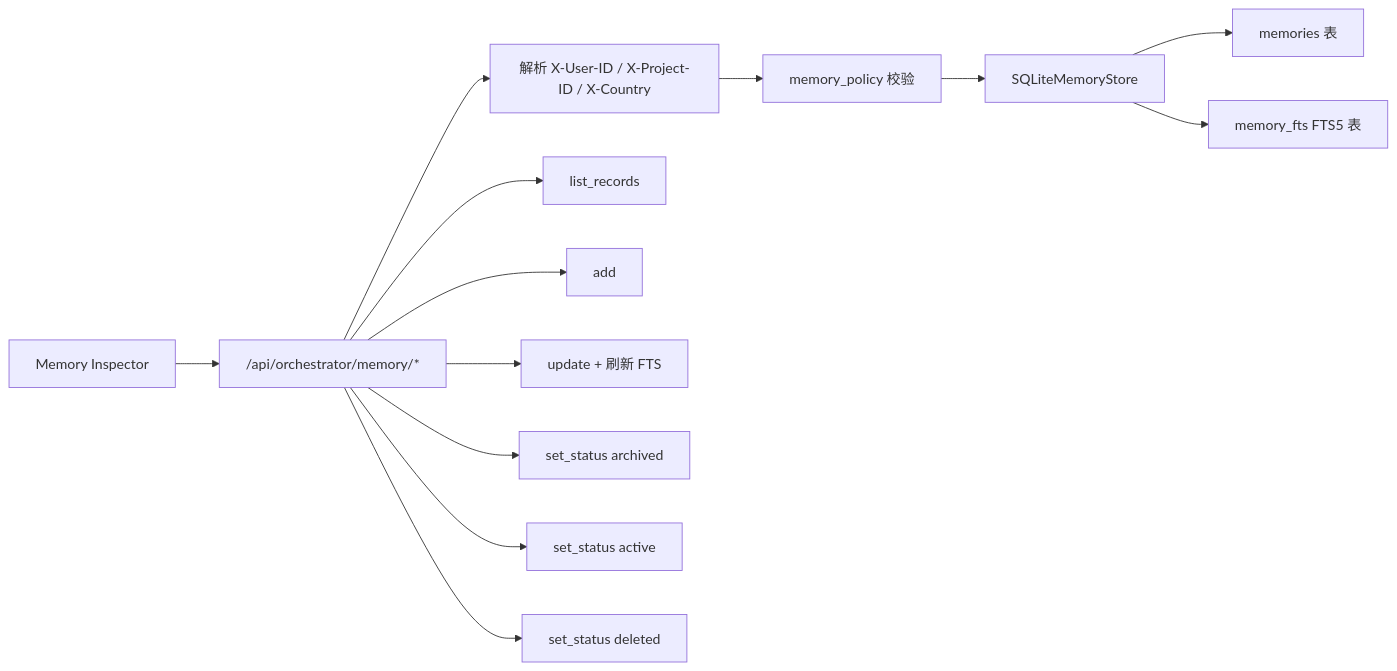
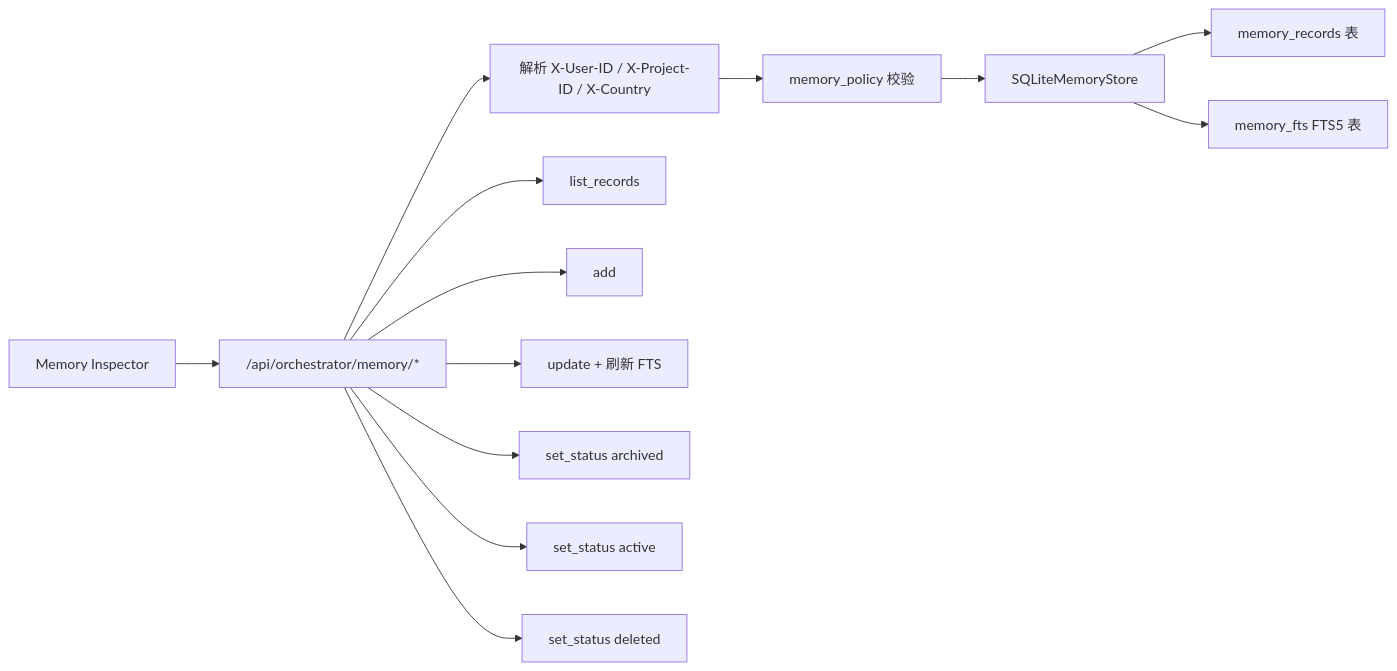
One commit to lizheng33193/MAPS-LZ changed the eighth of 8 diagrams in README.md. Above: the diagram before and after it, drawn with Mermaid. The commit also changed other lines of this file and 25 other files, not shown here.

````diff
--- a/README.md
+++ b/README.md
@@ -588,16 +915,16 @@
 ```mermaid
 flowchart LR
   UI["Memory Inspector"] --> API["/api/orchestrator/memory/*"]
   API --> Identity["解析 X-User-ID / X-Project-ID / X-Country"]
   Identity --> Policy["memory_policy 校验"]
   Policy --> Store["SQLiteMemoryStore"]
-  Store --> DB["memories 表"]
+  Store --> DB["memory_records 表"]
   Store --> FTS["memory_fts FTS5 表"]
 
   API --> List["list_records"]
   API --> Create["add"]
   API --> Update["update + 刷新 FTS"]
   API --> Archive["set_status archived"]
   API --> Restore["set_status active"]
   API --> Delete["set_status deleted"]
 ```
````
